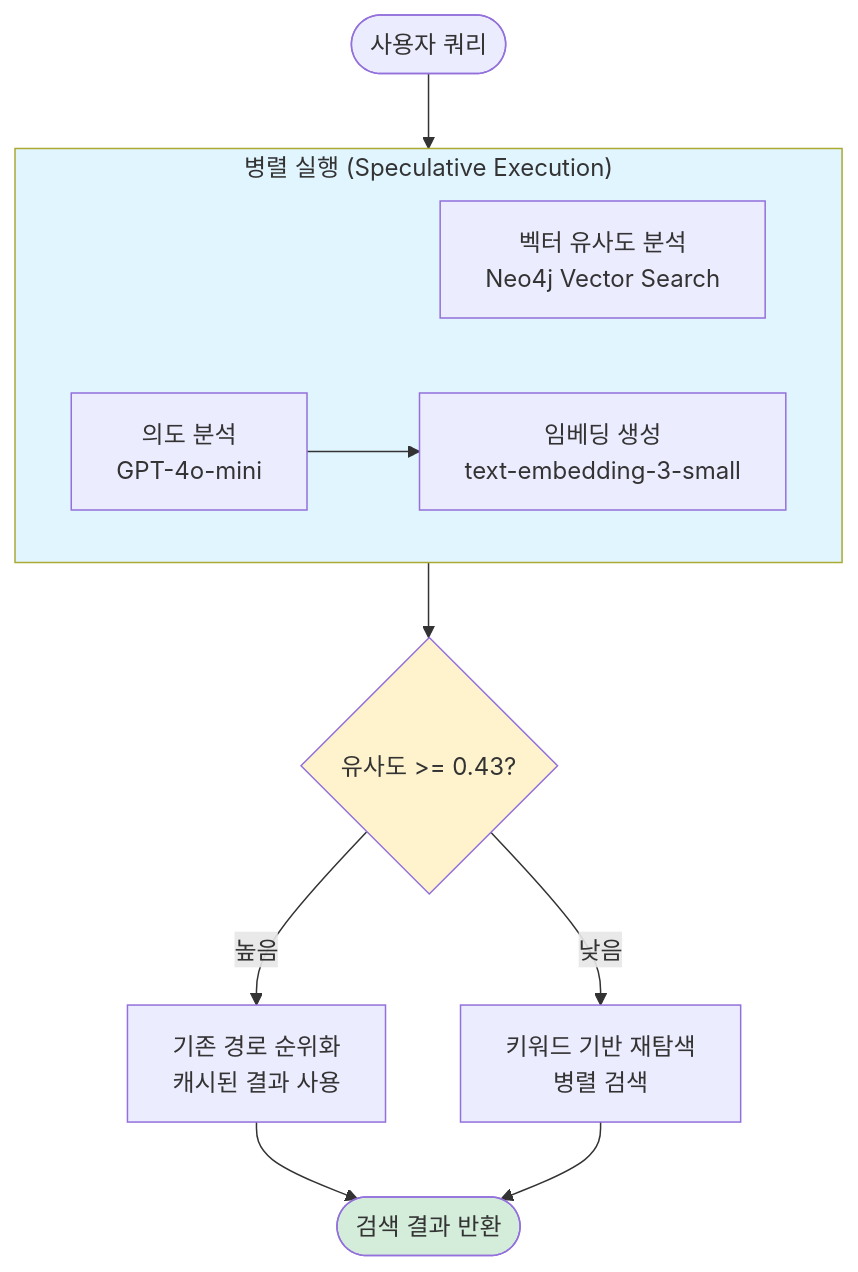
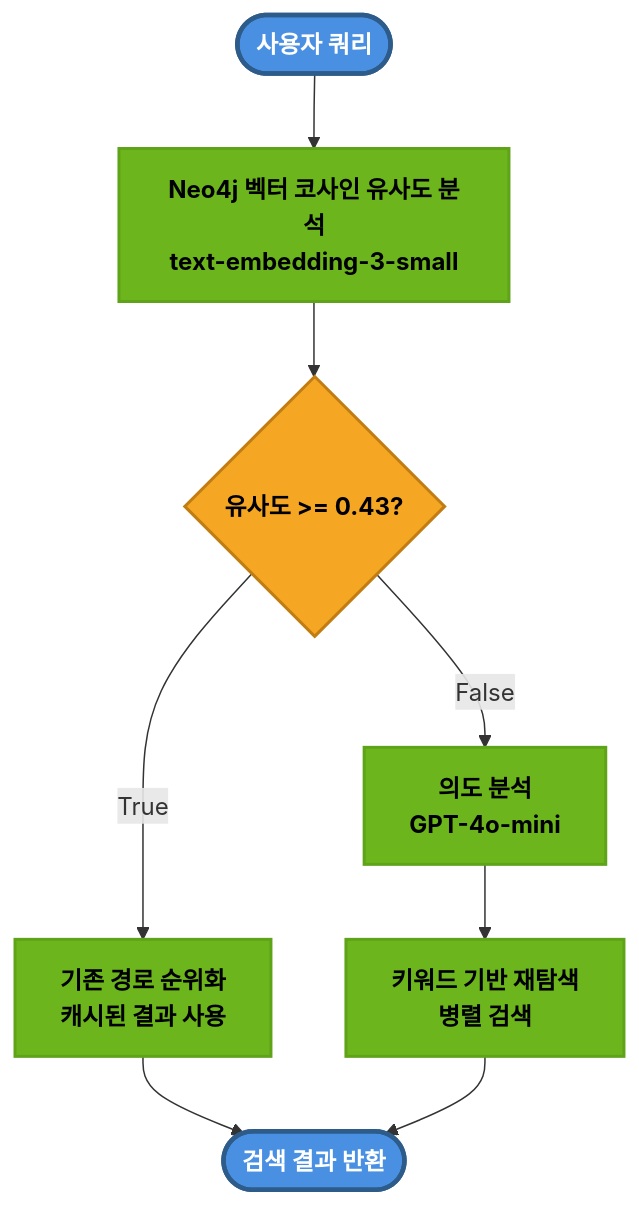
One commit to Vovvser/vowser-mcp-server changed the first of 2 diagrams in README.md. Above: the diagram before and after it, drawn with Mermaid. The commit also changed other lines of this file, not shown here.

Commit message:
Docs: mermaid 수정 및 내용 수정

````diff
--- a/README.md
+++ b/README.md
@@ -19,25 +19,21 @@
 ```mermaid
 graph TB
-    Start([사용자 쿼리]) --> Parallel[병렬 분석 노드]
+    Start([사용자 쿼리]) --> Similarity[Neo4j 벡터 코사인 유사도 분석<br/>text-embedding-3-small]
     
-    subgraph Parallel["병렬 실행 (Speculative Execution)"]
-        direction LR
-        Similarity[벡터 유사도 분석<br/>Neo4j Vector Search]
-        Intent[의도 분석<br/>GPT-4o-mini]
-        Embed[임베딩 생성<br/>text-embedding-3-small]
-        
-        Intent --> Embed
-    end
+    Similarity --> Decision{유사도 >= 0.43?}
     
-    Parallel --> Decision{유사도 >= 0.43?}
+    Decision -->|True| RankPaths[기존 경로 순위화<br/>캐시된 결과 사용]
+    Decision -->|False| Intent[의도 분석<br/>GPT-4o-mini]
     
-    Decision -->|높음| RankPaths[기존 경로 순위화<br/>캐시된 결과 사용]
-    Decision -->|낮음| Rediscover[키워드 기반 재탐색<br/>병렬 검색]
+    Intent --> Rediscover[키워드 기반 재탐색<br/>병렬 검색]
     
     RankPaths --> End([검색 결과 반환])
     Rediscover --> End
     
-    style Parallel fill:#e1f5ff
-    style Decision fill:#fff3cd
-    style End fill:#d4edda
+    classDef orange fill:#F5A623,stroke:#C17D11,stroke-width:2px,color:#000,font-weight:bold
+    classDef green fill:#6CB51C,stroke:#5FA319,stroke-width:2px,color:#000,font-weight:bold
+    classDef skyblue fill:#4A90E2,stroke:#2E5C8A,stroke-width:3px,color:#fff,font-weight:bold
+    class Start,End skyblue
+    class Decision orange
+    class Similarity,RankPaths,RankPaths,Intent,Rediscover green
 ```
````
